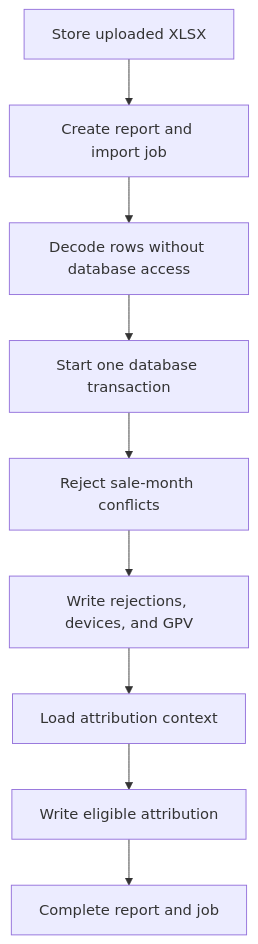
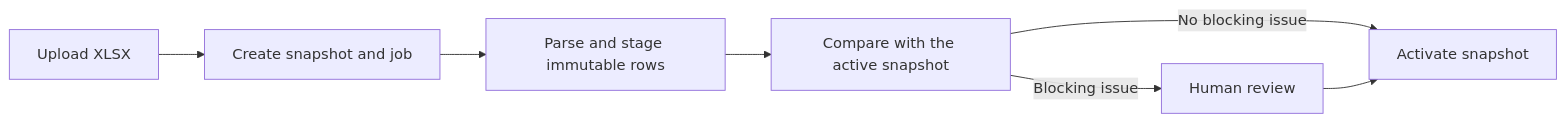
The diagram in apps/web/docs/merchant-gpv.md (onechannelpe/crm), drawn with Mermaid before and after one commit. The commit also changed other lines of this file and 9 other files, not shown here.

First line of the commit message:
docs: add architecture, configuration, and domain reference docs

````diff
--- a/apps/web/docs/merchant-gpv.md
+++ b/apps/web/docs/merchant-gpv.md
@@ -12,11 +14,9 @@
 ```mermaid
-flowchart TD
-    Upload[Store uploaded XLSX] --> Accept[Create report and import job]
-    Accept --> Decode[Decode rows without database access]
-    Decode --> Transaction[Start one database transaction]
-    Transaction --> Guard[Reject sale-month conflicts]
-    Guard --> Write[Write rejections, devices, and GPV]
-    Write --> Context[Load attribution context]
-    Context --> Attribute[Write eligible attribution]
-    Attribute --> Complete[Complete report and job]
+flowchart LR
+    Upload[Upload XLSX] --> Queue[Create snapshot and job]
+    Queue --> Stage[Parse and stage immutable rows]
+    Stage --> Validate[Compare with the active snapshot]
+    Validate -->|No blocking issue| Activate[Activate snapshot]
+    Validate -->|Blocking issue| Review[Human review]
+    Review --> Activate
 ```
````
